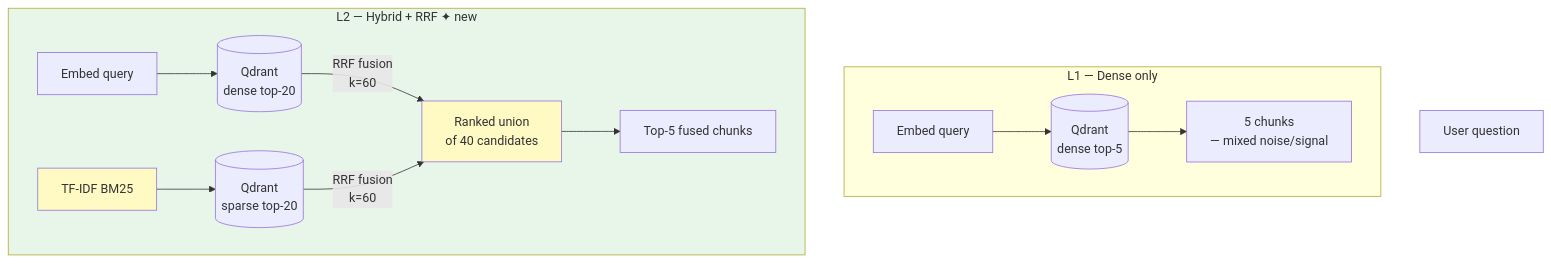
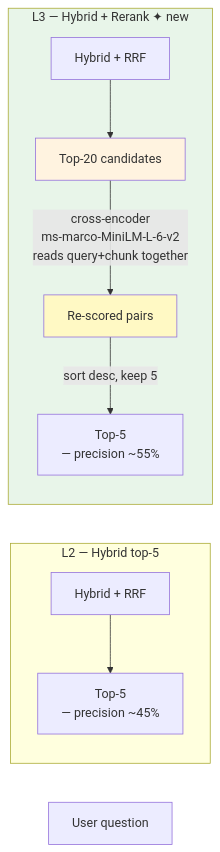
The diagram in LESSON.md (yashprogrammer/Adv_rag), drawn with Mermaid before and after one commit. The commit also changed other lines of this file and 7 other files, not shown here.

First line of the commit message:
feat(course): lesson-3-rerank — cross-encoder reranking

````diff
--- a/LESSON.md
+++ b/LESSON.md
@@ -16,20 +16,18 @@
 ```mermaid
-flowchart TD
+flowchart LR
     Q[User question]
 
-    subgraph Before["L1 — Dense only"]
-        DE1[Embed query] --> QD1[(Qdrant\ndense top-5)]
-        QD1 --> C1[5 chunks\n — mixed noise/signal]
+    subgraph Before["L2 — Hybrid top-5"]
+        H2[Hybrid + RRF] --> C2[Top-5\n — precision ~45%]
     end
 
-    subgraph After["L2 — Hybrid + RRF ✦ new"]
-        DE2[Embed query] --> QD2[(Qdrant\ndense top-20)]
-        SP2[TF-IDF BM25] --> QD3[(Qdrant\nsparse top-20)]
-        QD2 & QD3 -->|RRF fusion\nk=60| RRF[Ranked union\nof 40 candidates]
-        RRF --> C2[Top-5 fused chunks]
+    subgraph After["L3 — Hybrid + Rerank ✦ new"]
+        H3[Hybrid + RRF] --> POOL[Top-20 candidates]
+        POOL -->|cross-encoder\nms-marco-MiniLM-L-6-v2\nreads query+chunk together| CE[Re-scored pairs]
+        CE -->|sort desc, keep 5| C3[Top-5\n — precision ~55%]
     end
 
     style After fill:#e8f5e9
-    style SP2 fill:#fff9c4
-    style RRF fill:#fff9c4
+    style CE fill:#fff9c4
+    style POOL fill:#fff3e0
 ```
````
